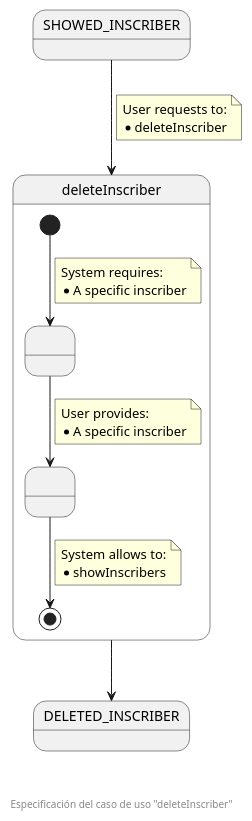
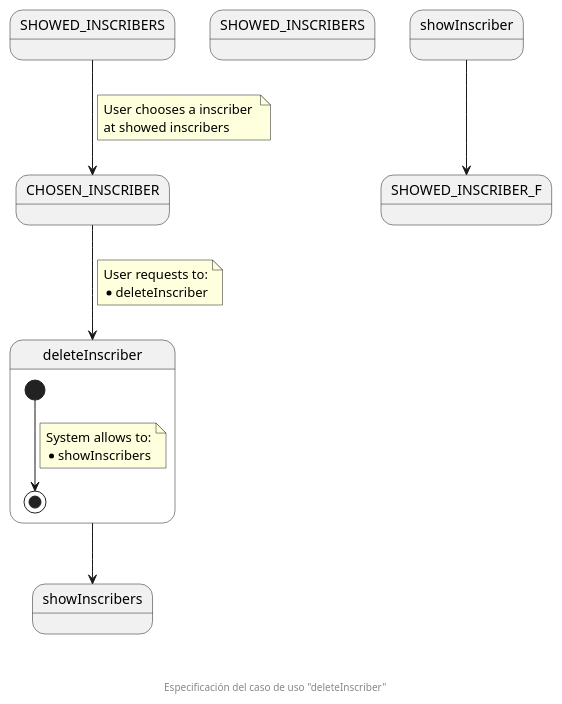
One commit to zuldare/mastercloud_pfm_halterocms changed the diagram in documentation/diagrams/useCasesSpecification/organizationSecretary/11_deleteInscriber.puml. Above: the diagram before and after it, drawn with PlantUML.

Commit message:
Fix deleteInscriber use case specification

```diff
--- a/documentation/diagrams/useCasesSpecification/organizationSecretary/11_deleteInscriber.puml
+++ b/documentation/diagrams/useCasesSpecification/organizationSecretary/11_deleteInscriber.puml
@@ -1,33 +1,32 @@
 @startuml
-state SHOWED_INSCRIBER
+state SHOWED_INSCRIBERS
+state CHOSEN_INSCRIBER
+
 state deleteInscriber {
-  state " " as pendingInscriber
-  state " " as providedInscriber
-  [*] --> pendingInscriber
-  note on link
-    System requires:
-    * A specific inscriber
-  end note
-  pendingInscriber --> providedInscriber
-  note on link
-    User provides:
-    * A specific inscriber
-  end note
-  providedInscriber --> [*]
+  [*] --> [*]
   note on link
     System allows to:
     * showInscribers
   end note
 }
-state DELETED_INSCRIBER
 
-SHOWED_INSCRIBER --> deleteInscriber
+state showInscribers
+state "SHOWED_INSCRIBERS" as SHOWED_INSCRIBERS_F
+
+SHOWED_INSCRIBERS --> CHOSEN_INSCRIBER
+note on link
+  User chooses a inscriber 
+  at showed inscribers
+end note
+
+CHOSEN_INSCRIBER --> deleteInscriber
 note on link
   User requests to:
   * deleteInscriber
 end note
 
-deleteInscriber --> DELETED_INSCRIBER
+deleteInscriber --> showInscribers
+showInscriber --> SHOWED_INSCRIBER_F
 
 footer \n\n\n Especificación del caso de uso "deleteInscriber"
 @enduml
```
